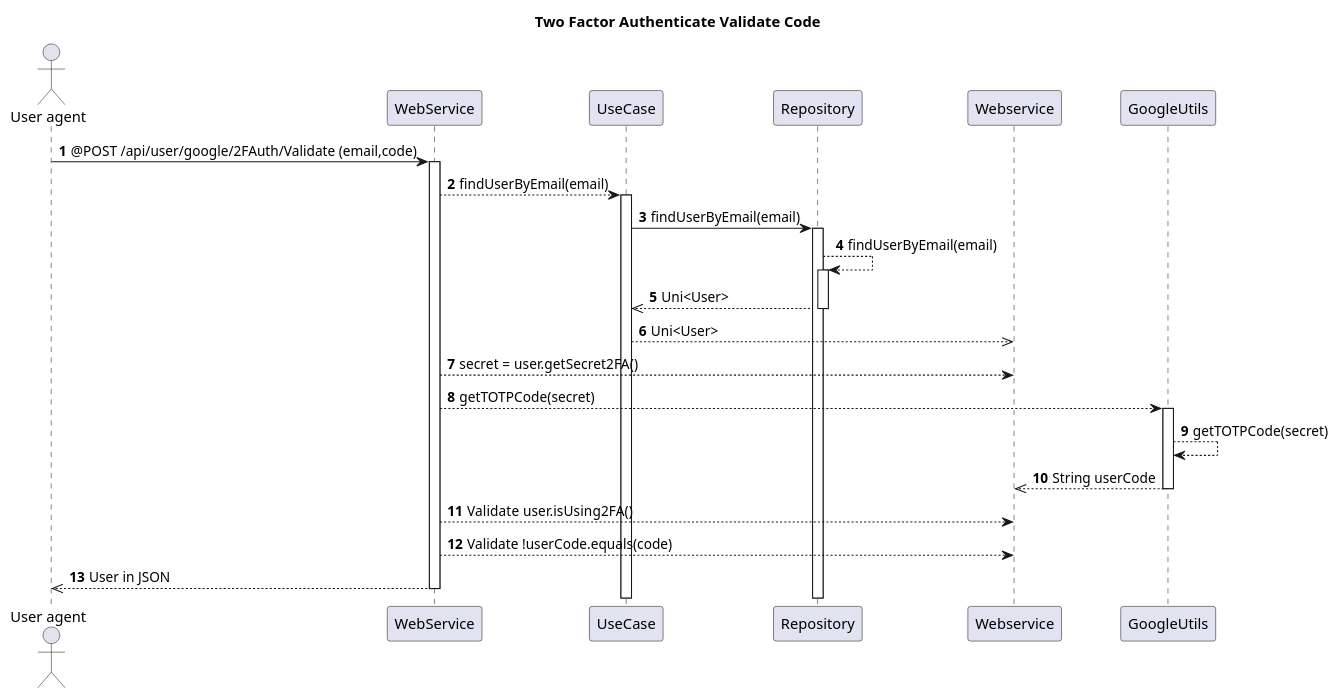
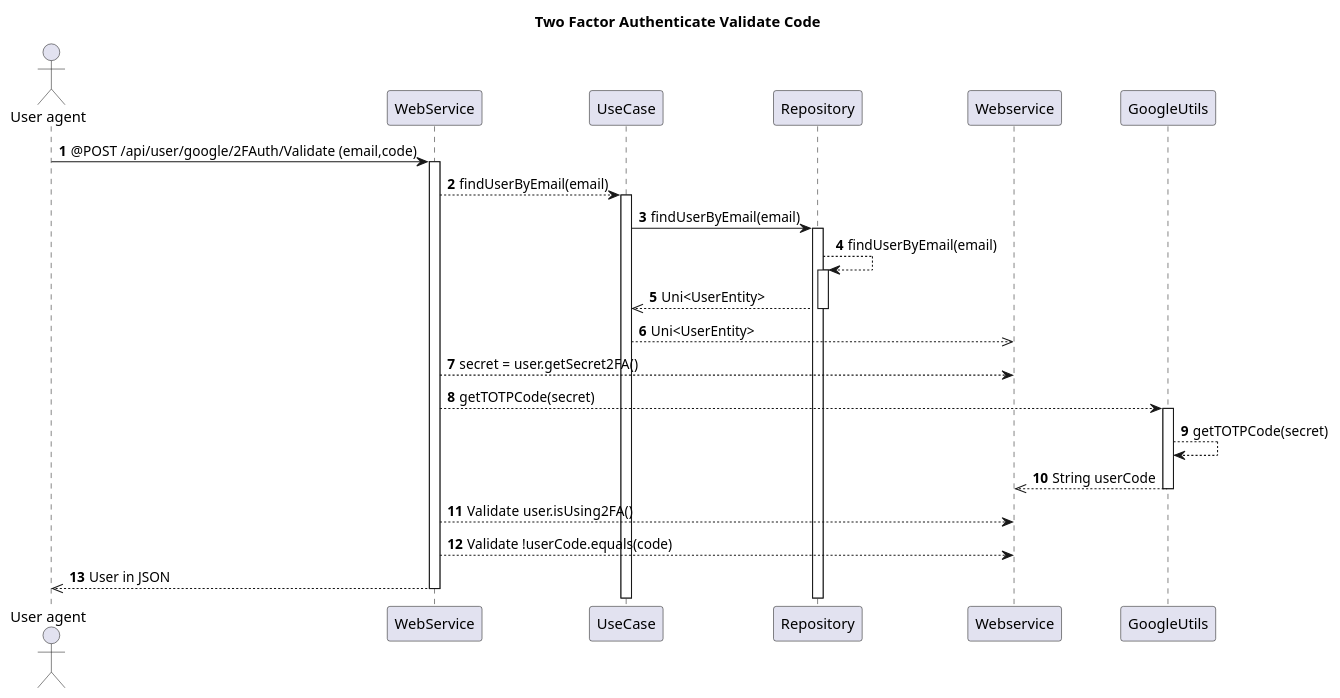
One commit to orion-services/users changed the diagram in docs/usecases/TwoFactorAuth/sequenceValidateCode.puml. Above: the diagram before and after it, drawn with PlantUML. The commit also changed 79 other files, not shown here.

Commit message:
Clean architecture refactor #53

```diff
--- a/docs/usecases/TwoFactorAuth/sequenceValidateCode.puml
+++ b/docs/usecases/TwoFactorAuth/sequenceValidateCode.puml
@@ -1,31 +1,31 @@
 @startuml
     title Two Factor Authenticate Validate Code
     actor "User agent" as user
     autonumber
     user -> WebService: @POST /api/user/google/2FAuth/Validate (email,code)
     activate WebService 
 
     WebService --> UseCase : findUserByEmail(email)
     activate UseCase
 
     UseCase -> Repository : findUserByEmail(email)
     activate Repository
     Repository --> Repository: findUserByEmail(email)
     activate Repository
 
-    Repository -->> UseCase: Uni<User>
+    Repository -->> UseCase: Uni<UserEntity>
     deactivate Repository
 
-    UseCase -->> Webservice : Uni<User>
+    UseCase -->> Webservice : Uni<UserEntity>
 
     WebService --> Webservice : secret = user.getSecret2FA()
     WebService --> GoogleUtils : getTOTPCode(secret)
     activate GoogleUtils
     GoogleUtils --> GoogleUtils : getTOTPCode(secret)
     GoogleUtils -->> Webservice : String userCode
     deactivate GoogleUtils
     WebService --> Webservice : Validate user.isUsing2FA()
     WebService --> Webservice : Validate !userCode.equals(code)
     WebService -->> user : User in JSON
     deactivate WebService
 @enduml
```
